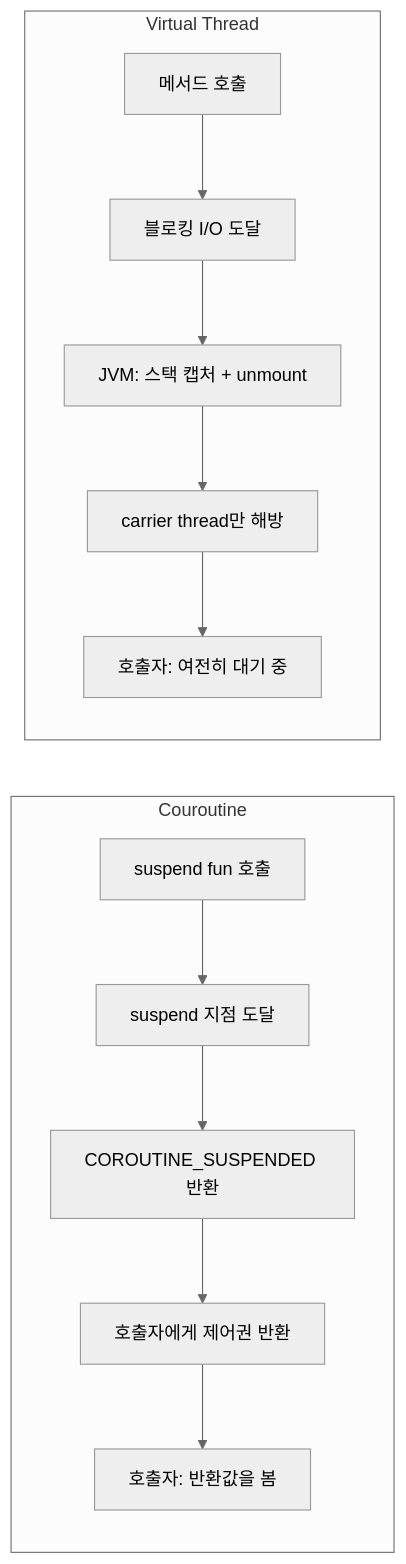
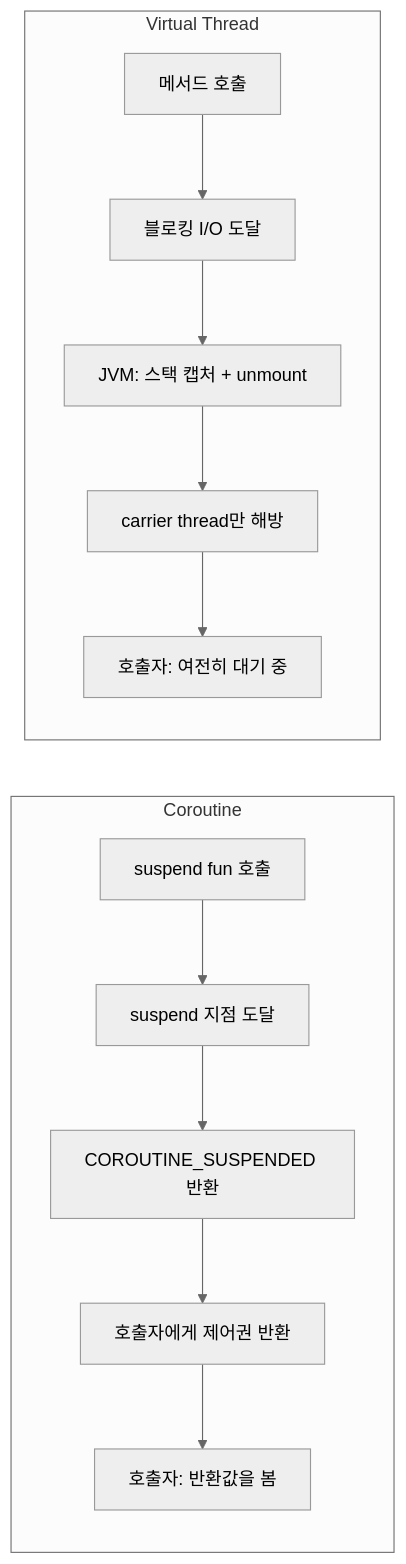
The sixth of 7 diagrams in src/content/blog/jvm-concurrency-model-7-virtual-thread.md (snowink1137/blog), drawn with Mermaid (neutral theme) before and after one commit. The commit also changed other lines of this file and 2 other files, not shown here.

Commit message:
JVM 시리즈 한국어 원문 정리
- 코드 펜스 오기 3곳 정정 (javascript→java/kotlin)
- mermaid 다이어그램 오타(Couroutine), 볼드 이스케이프 아티팩트 수정
- 블록인용 안 다이어그램 3개에 mermaid 태그 부여 (소스 텍스트로 보이던 것 → 렌더되도록)
- ScopedValue 서술 현행화: JEP 506 으로 JDK 25 정식 도입

````diff
--- a/src/content/blog/jvm-concurrency-model-7-virtual-thread.md
+++ b/src/content/blog/jvm-concurrency-model-7-virtual-thread.md
@@ -239,17 +239,17 @@
 ```mermaid
 flowchart LR
-    subgraph Couroutine
+    subgraph Coroutine
         direction TB
         A1["suspend fun 호출"] --> A2["suspend 지점 도달"]
         A2 --> A3["COROUTINE_SUSPENDED 반환"]
         A3 --> A4["호출자에게 제어권 반환"]
         A4 --> A5["호출자: 반환값을 봄"]
     end
     subgraph Virtual Thread
         direction TB
         B1["메서드 호출"] --> B2["블로킹 I/O 도달"]
         B2 --> B3["JVM: 스택 캡처 + unmount"]
         B3 --> B4["carrier thread만 해방"]
         B4 --> B5["호출자: 여전히 대기 중"]
     end
 ```
````
